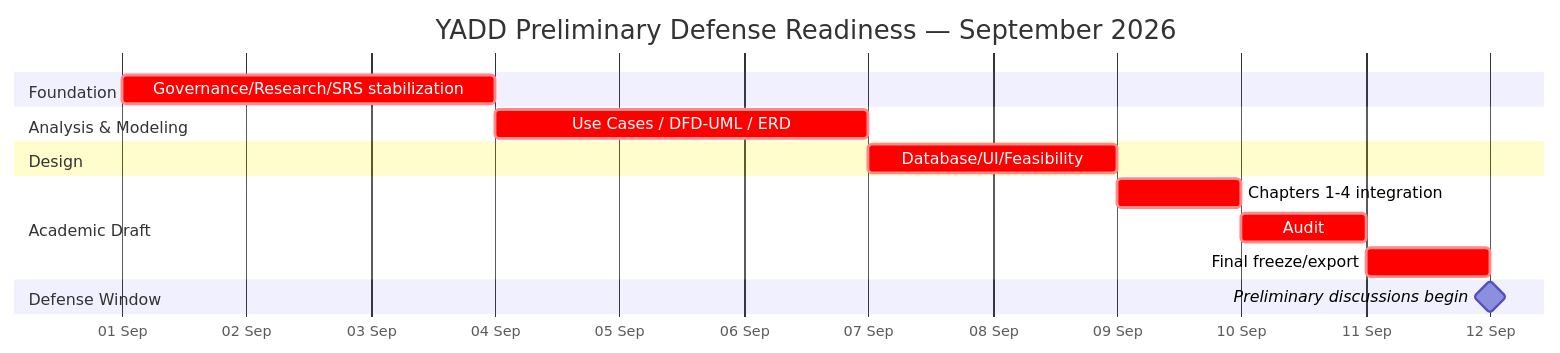
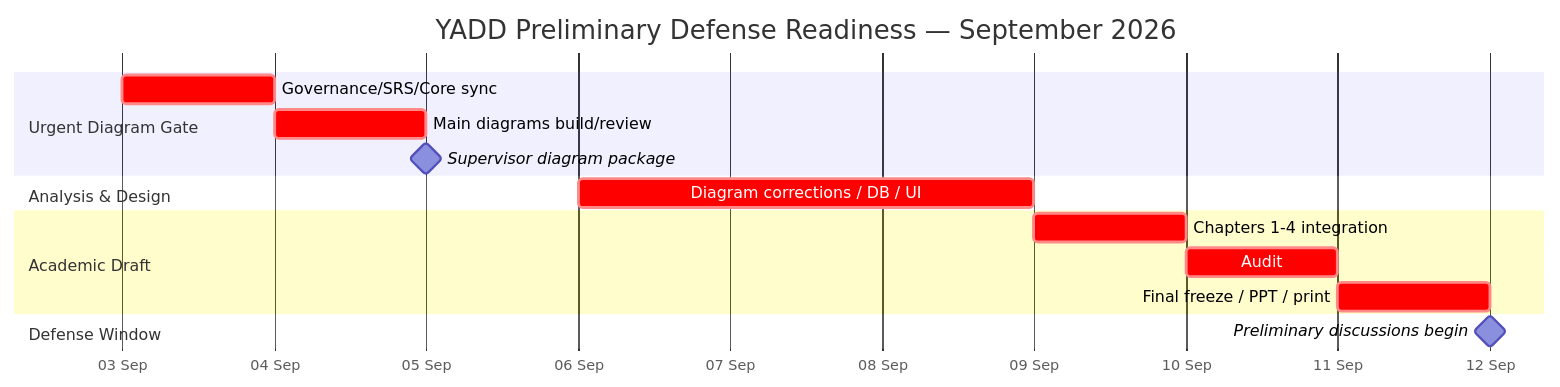
One commit to Yadd-SanaaUniversityGraduationProject/yadd changed the diagram in docs/01-pm/05-work-plan.md. Above: the diagram before and after it, drawn with Mermaid. The commit also changed other lines of this file, not shown here.

Commit message:
pm: add Sep 5 diagram gate and close P0 items

````diff
--- a/docs/01-pm/05-work-plan.md
+++ b/docs/01-pm/05-work-plan.md
@@ -189,18 +161,18 @@
 ```mermaid
 gantt
     title YADD Preliminary Defense Readiness — September 2026
     dateFormat  YYYY-MM-DD
     axisFormat  %d %b
-    section Foundation
-    Governance/Research/SRS stabilization :crit, p1, 2026-09-01, 3d
-    section Analysis & Modeling
-    Use Cases / DFD-UML / ERD             :crit, p2, 2026-09-04, 3d
-    section Design
-    Database/UI/Feasibility               :crit, p3, 2026-09-07, 2d
+    section Urgent Diagram Gate
+    Governance/SRS/Core sync              :crit, p0, 2026-09-03, 1d
+    Main diagrams build/review            :crit, p1, 2026-09-04, 1d
+    Supervisor diagram package            :milestone, d0, 2026-09-05, 0d
+    section Analysis & Design
+    Diagram corrections / DB / UI         :crit, p2, 2026-09-06, 3d
     section Academic Draft
-    Chapters 1-4 integration              :crit, p4, 2026-09-09, 1d
-    Audit                                 :crit, p5, 2026-09-10, 1d
-    Final freeze/export                   :crit, p6, 2026-09-11, 1d
+    Chapters 1-4 integration              :crit, p3, 2026-09-09, 1d
+    Audit                                 :crit, p4, 2026-09-10, 1d
+    Final freeze / PPT / print            :crit, p5, 2026-09-11, 1d
     section Defense Window
     Preliminary discussions begin         :milestone, d1, 2026-09-12, 0d
 ```
````
